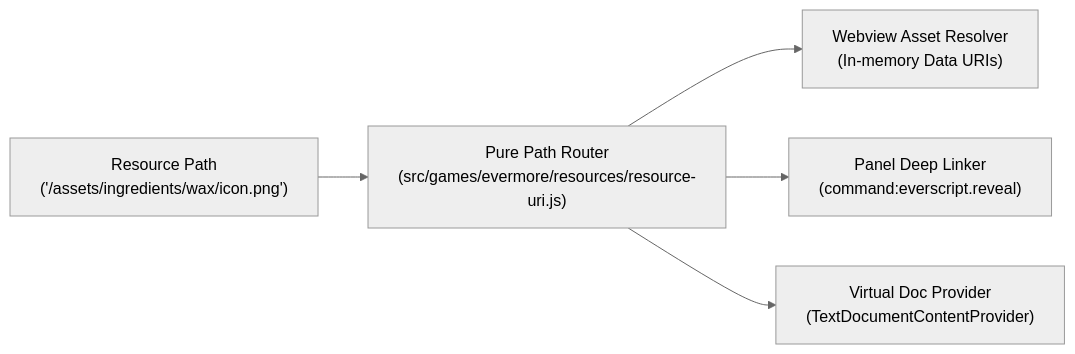
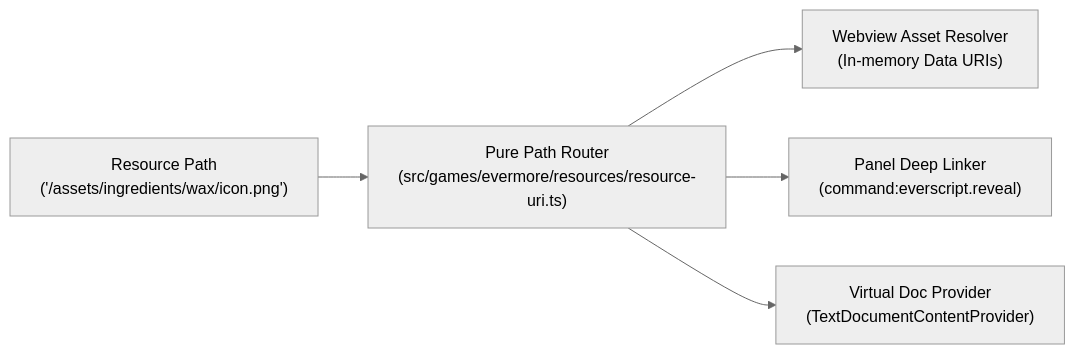
Before and after one commit to r-bin/everscript-vscode: the diagram in docs/resource-paths-and-assets-spec.md, drawn with Mermaid (neutral theme). The commit also changed other lines of this file and 282 other files, not shown here.

````diff
--- a/docs/resource-paths-and-assets-spec.md
+++ b/docs/resource-paths-and-assets-spec.md
@@ -65,7 +65,7 @@
 ```mermaid
 flowchart LR
-    URI["Resource Path<br>('/assets/ingredients/wax/icon.png')"] --> Router["Pure Path Router<br>(src/games/evermore/resources/resource-uri.js)"]
+    URI["Resource Path<br>('/assets/ingredients/wax/icon.png')"] --> Router["Pure Path Router<br>(src/games/evermore/resources/resource-uri.ts)"]
     Router --> WebviewResolver["Webview Asset Resolver<br>(In-memory Data URIs)"]
     Router --> PanelDeepLink["Panel Deep Linker<br>(command:everscript.reveal)"]
     Router --> DocProvider["Virtual Doc Provider<br>(TextDocumentContentProvider)"]
 ```
````
